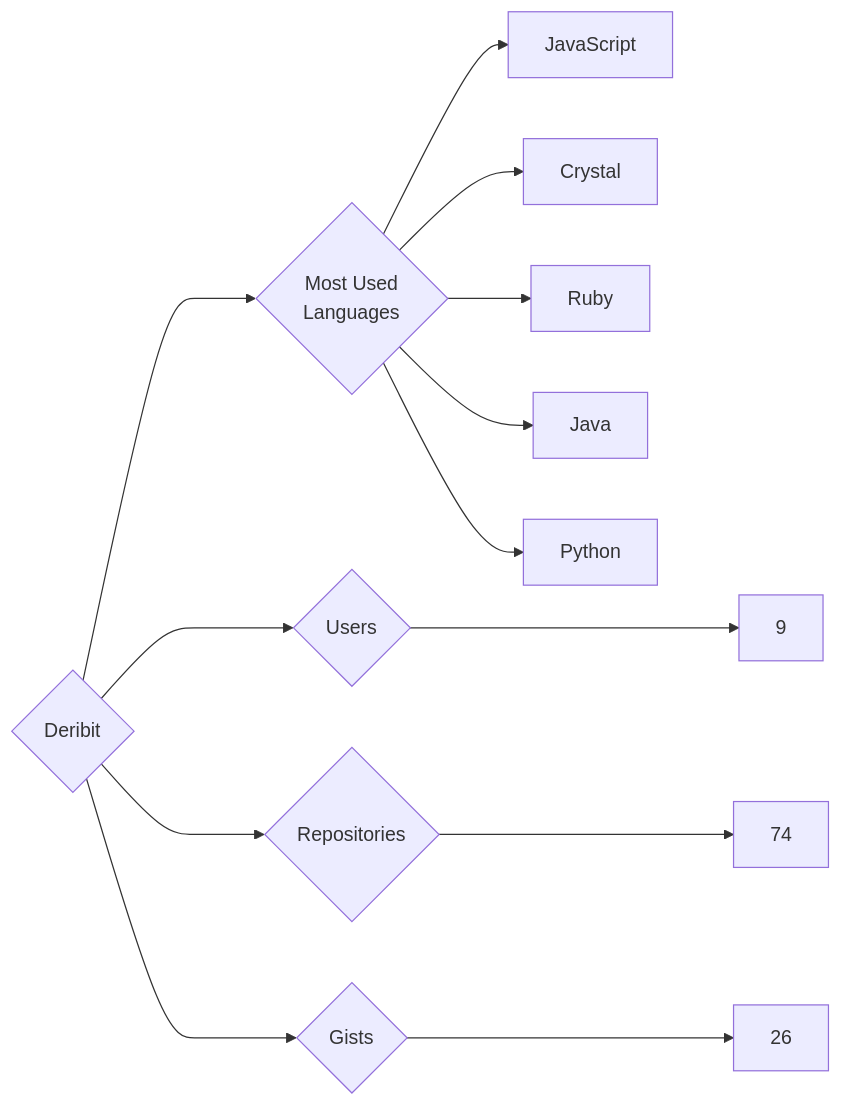
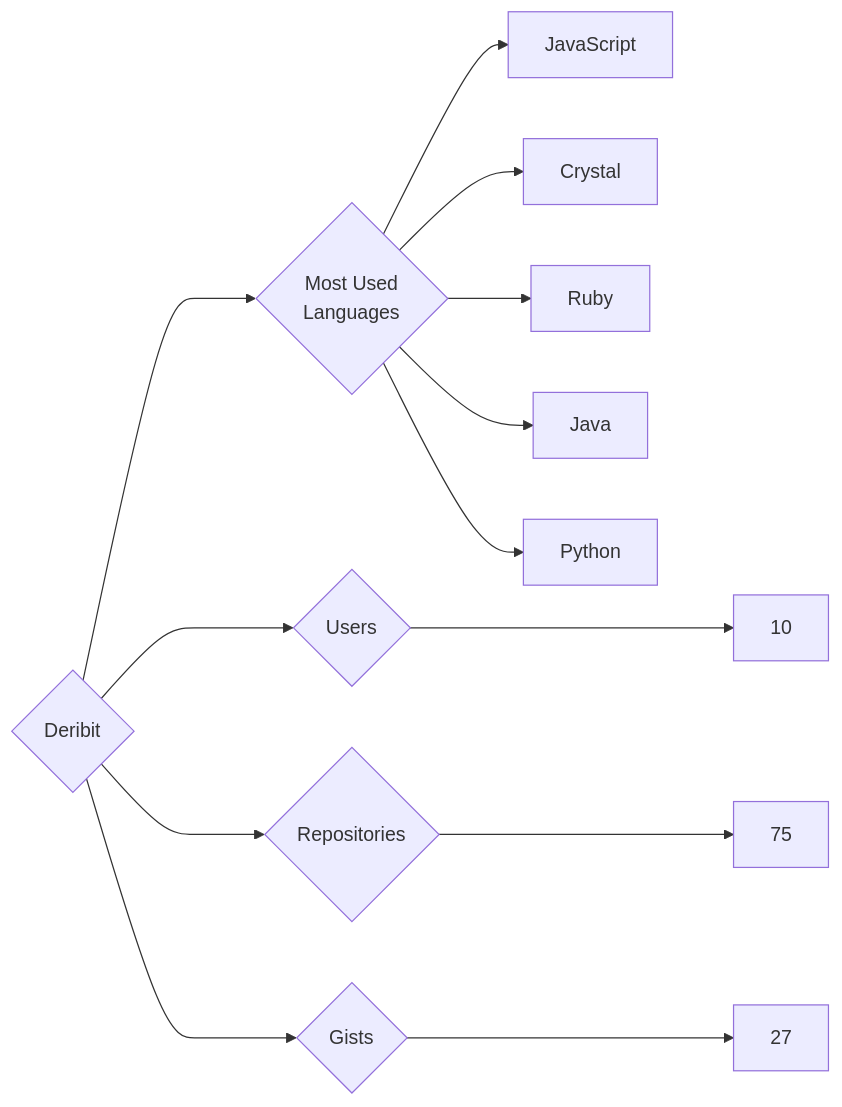
One commit to trickest/insiders changed the diagram in targets/Deribit/README.md. Above: the diagram before and after it, drawn with Mermaid. The commit also changed 930 other files, not shown here.

````diff
--- a/targets/Deribit/README.md
+++ b/targets/Deribit/README.md
@@ -3,13 +3,13 @@
 ```mermaid
 graph LR
 COMPANY_NAME{Deribit}
-COMPANY_NAME ---> U{Users} ---> UN[9]
-COMPANY_NAME ---> R{Repositories} ---> RN[74]
-COMPANY_NAME ---> G{Gists} ---> GN[26]
+COMPANY_NAME ---> U{Users} ---> UN[10]
+COMPANY_NAME ---> R{Repositories} ---> RN[75]
+COMPANY_NAME ---> G{Gists} ---> GN[27]
 COMPANY_NAME ---> ML{Most Used<br>Languages}
 ML --> JavaScript[JavaScript]
 ML --> Crystal[Crystal]
 ML --> Ruby[Ruby]
 ML --> Java[Java]
 ML --> Python[Python]
 ```
````
